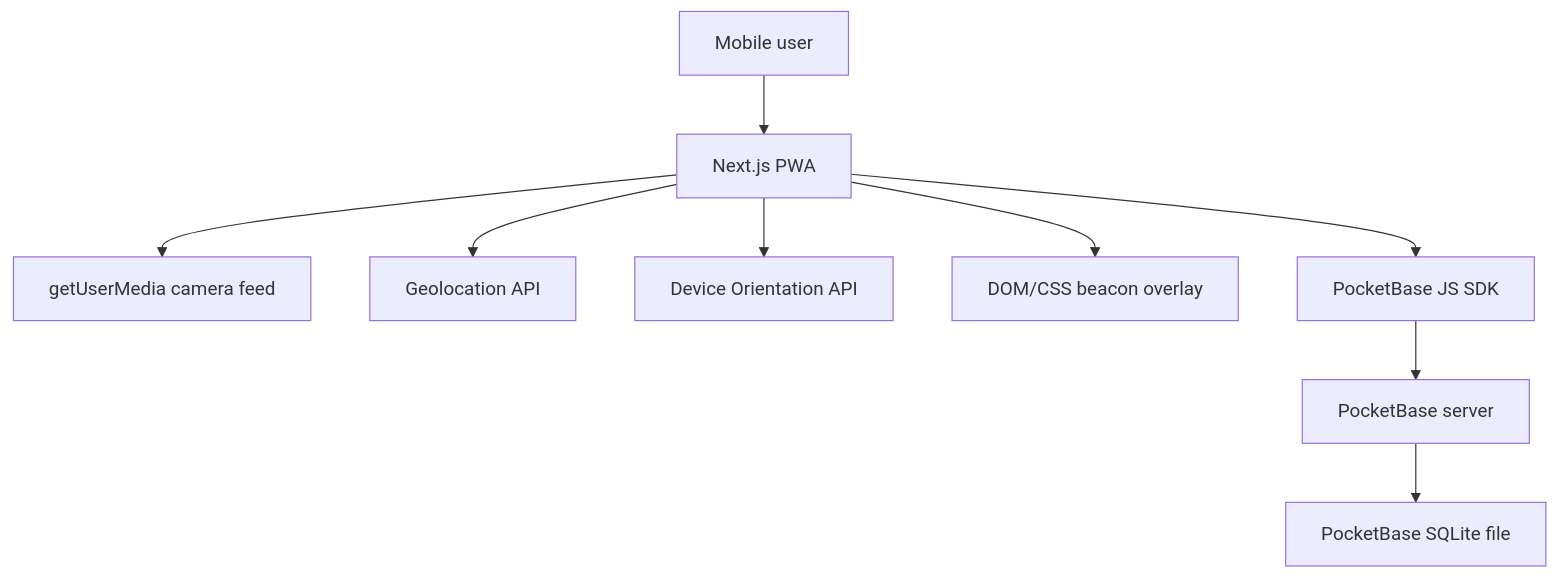
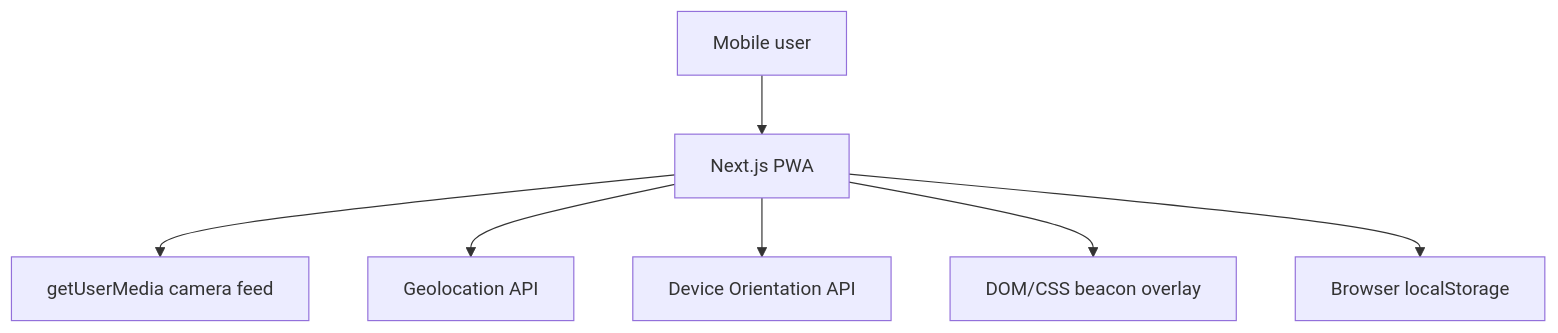
The diagram in technical-specification.md (CatTypedThis/Skymark), drawn with Mermaid before and after one commit. The commit also changed other lines of this file and 22 other files, not shown here.

````diff
--- a/technical-specification.md
+++ b/technical-specification.md
@@ -71,11 +67,9 @@
 ```mermaid
 flowchart TD
   User["Mobile user"] --> PWA["Next.js PWA"]
   PWA --> Camera["getUserMedia camera feed"]
   PWA --> Geo["Geolocation API"]
   PWA --> Orientation["Device Orientation API"]
   PWA --> Overlay["DOM/CSS beacon overlay"]
-  PWA --> PBSDK["PocketBase JS SDK"]
-  PBSDK --> PB["PocketBase server"]
-  PB --> SQLite["PocketBase SQLite file"]
+  PWA --> Storage["Browser localStorage"]
 ```
````
